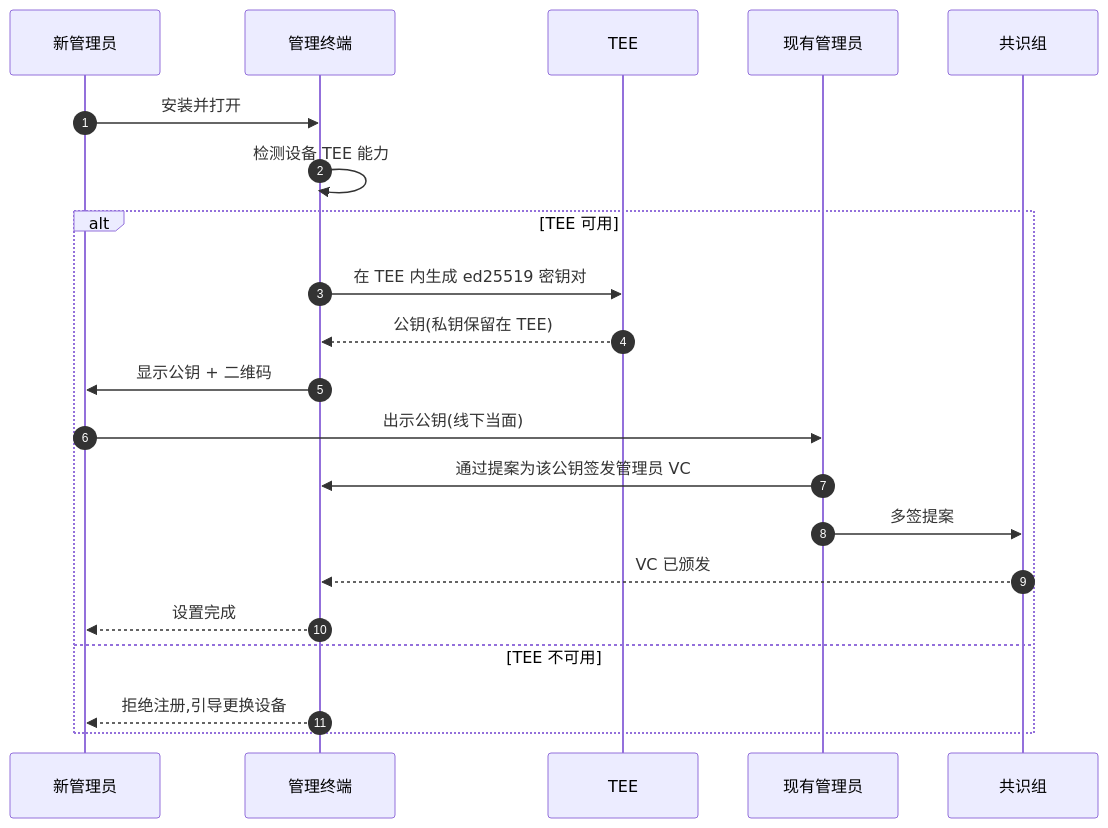
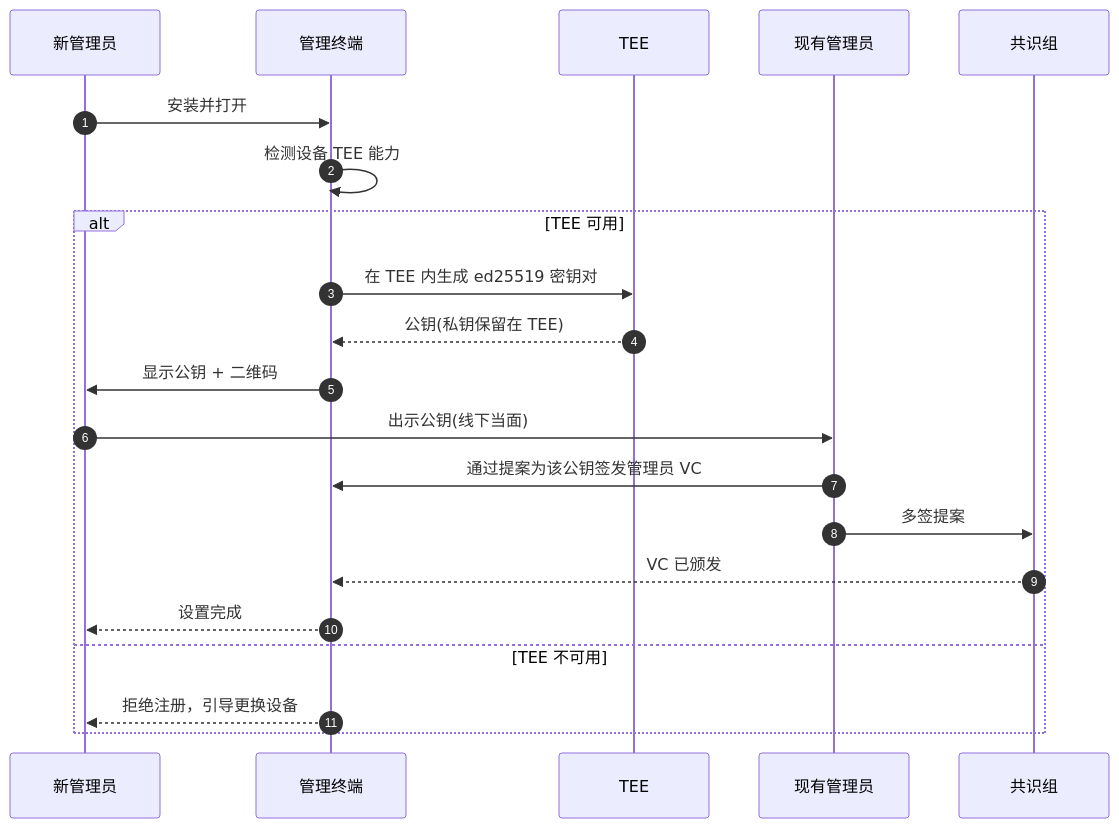
Before and after one commit to JLUCraft/docs: the first of 5 diagrams in pages/components/manager/identity.md, drawn with Mermaid. The commit also changed other lines of this file and 23 other files, not shown here.

````diff
--- a/pages/components/manager/identity.md
+++ b/pages/components/manager/identity.md
@@ -7,24 +7,24 @@
 ```mermaid
 sequenceDiagram
     autonumber
     participant U as 新管理员
     participant App as 管理终端
     participant TEE
     participant Issuer as 现有管理员
     participant Cons as 共识组
 
     U->>App: 安装并打开
     App->>App: 检测设备 TEE 能力
     alt TEE 可用
         App->>TEE: 在 TEE 内生成 ed25519 密钥对
         TEE-->>App: 公钥(私钥保留在 TEE)
         App->>U: 显示公钥 + 二维码
         U->>Issuer: 出示公钥(线下当面)
         Issuer->>App: 通过提案为该公钥签发管理员 VC
         Issuer->>Cons: 多签提案
         Cons-->>App: VC 已颁发
         App-->>U: 设置完成
     else TEE 不可用
-        App-->>U: 拒绝注册,引导更换设备
+        App-->>U: 拒绝注册，引导更换设备
     end
 ```
````
